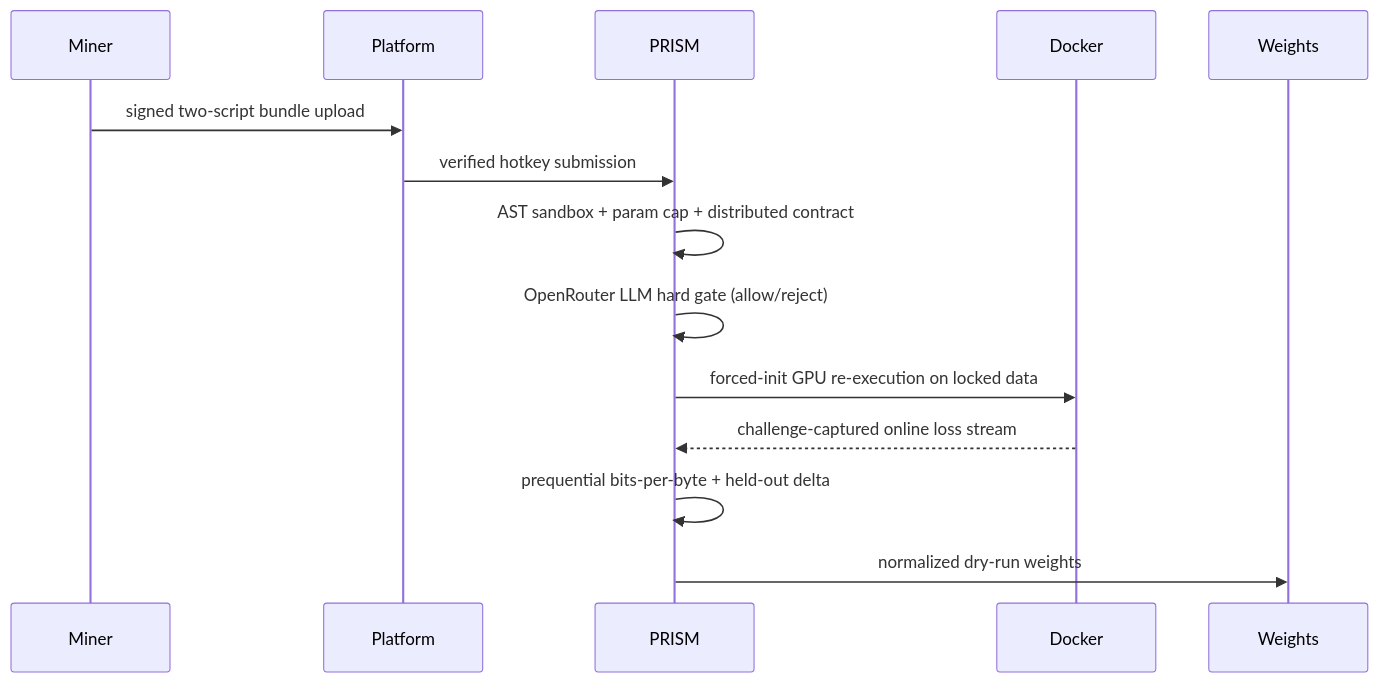
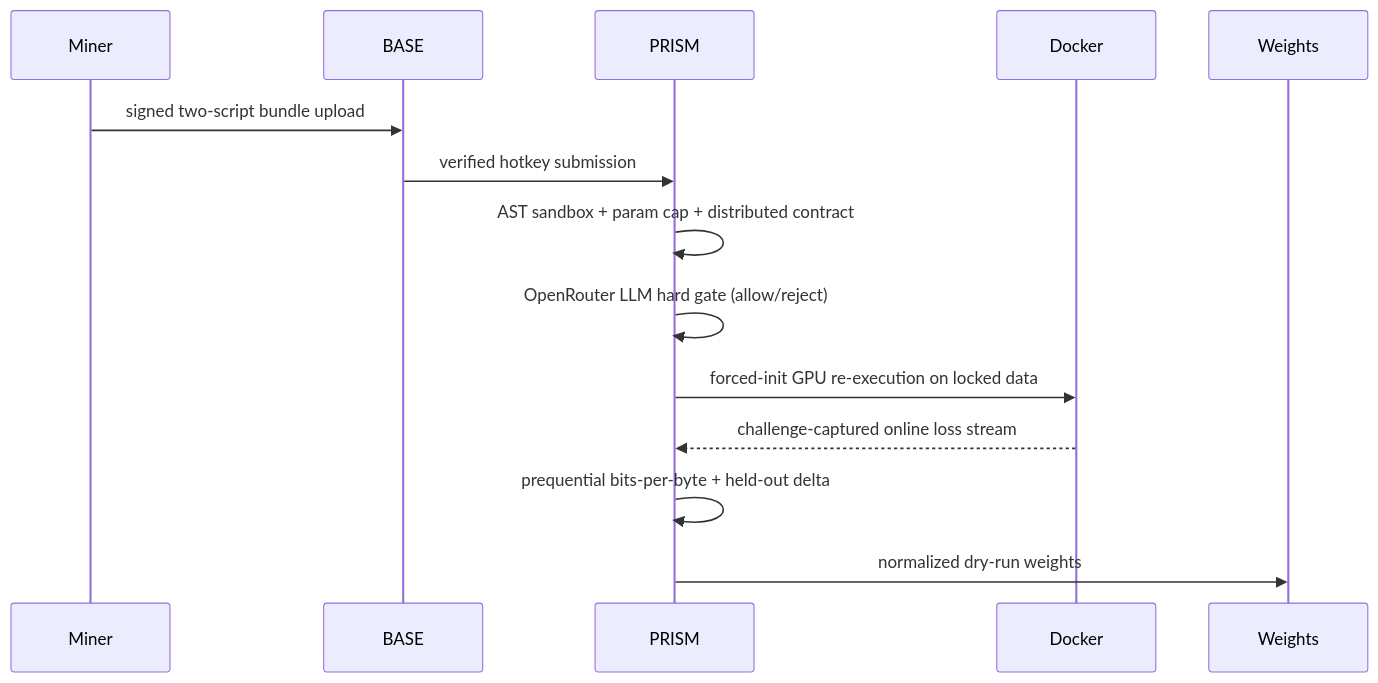
One commit to PlatformNetwork/prism changed the second of 2 diagrams in README.md. Above: the diagram before and after it, drawn with Mermaid. The commit also changed other lines of this file and 51 other files, not shown here.

First line of the commit message:
feat(brand): rename Platform Network to BASE across prism

````diff
--- a/README.md
+++ b/README.md
@@ -106,16 +106,16 @@
 ```mermaid
 sequenceDiagram
     participant M as Miner
-    participant P as Platform
+    participant P as BASE
     participant R as PRISM
     participant D as Docker
     participant W as Weights
     M->>P: signed two-script bundle upload
     P->>R: verified hotkey submission
     R->>R: AST sandbox + param cap + distributed contract
     R->>R: OpenRouter LLM hard gate (allow/reject)
     R->>D: forced-init GPU re-execution on locked data
     D-->>R: challenge-captured online loss stream
     R->>R: prequential bits-per-byte + held-out delta
     R->>W: normalized dry-run weights
 ```
````
